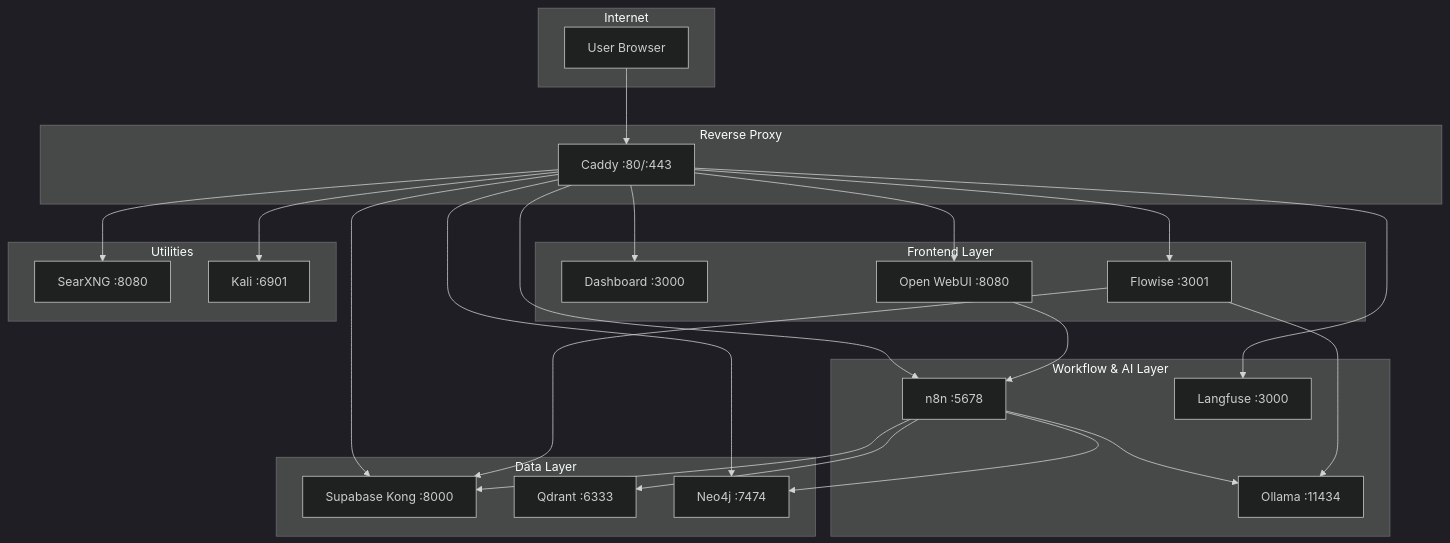
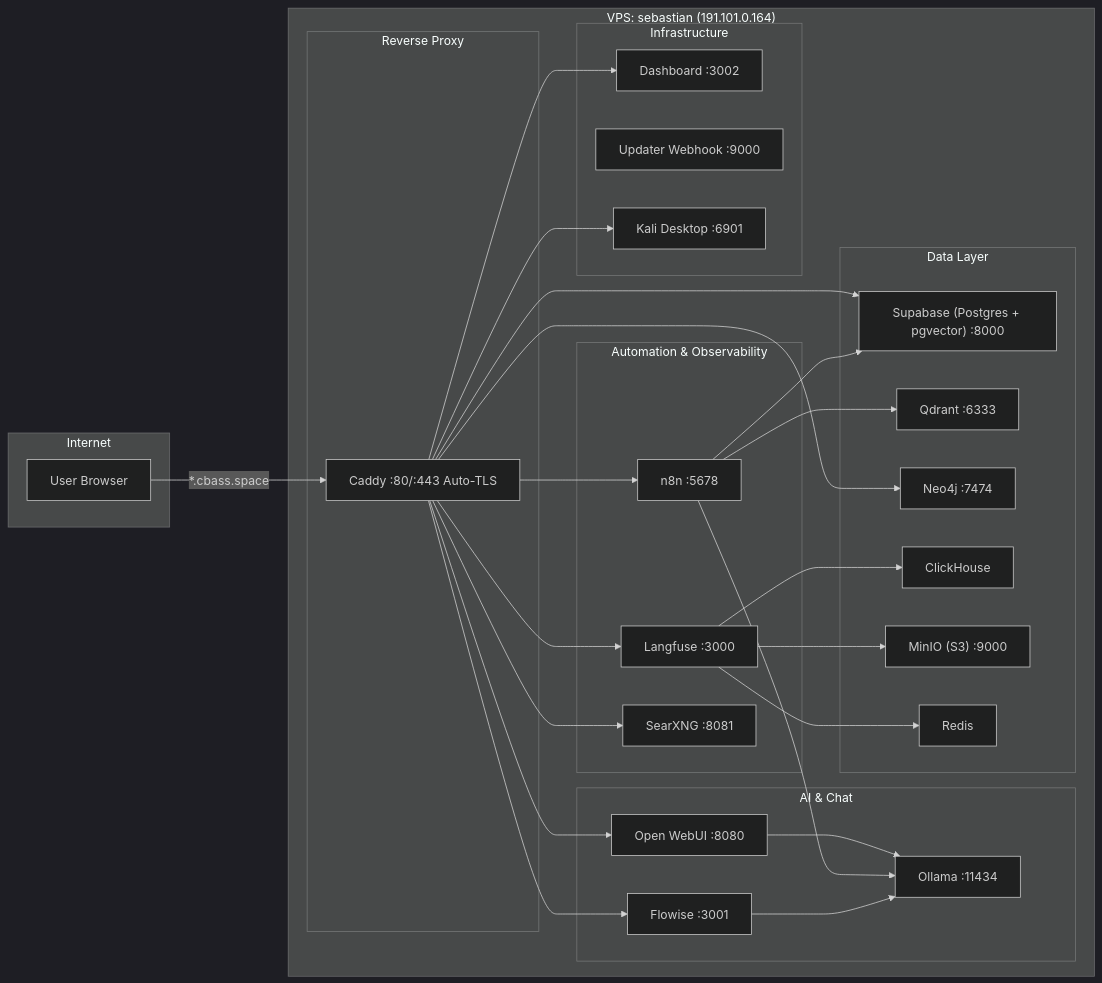
Before and after one commit to mdc159/cbass: the first of 6 diagrams in docs/architecture/diagrams.md, drawn with Mermaid (dark theme). The commit also changed other lines of this file, not shown here.

First line of the commit message:
docs: comprehensive architecture diagrams with FigJam links

````diff
--- a/docs/architecture/diagrams.md
+++ b/docs/architecture/diagrams.md
@@ -7,52 +11,59 @@
 ```mermaid
-graph TB
-    subgraph Internet
-        User[User Browser]
+graph LR
+    subgraph Internet["Internet"]
+        User["User Browser"]
     end
 
-    subgraph "Reverse Proxy"
-        Caddy[Caddy :80/:443]
+    subgraph VPS["VPS: sebastian (191.101.0.164)"]
+        subgraph Proxy["Reverse Proxy"]
+            Caddy["Caddy :80/:443 Auto-TLS"]
+        end
+
+        subgraph AI["AI & Chat"]
+            OpenWebUI["Open WebUI :8080"]
+            Ollama["Ollama :11434"]
+            Flowise["Flowise :3001"]
+        end
+
+        subgraph Automation["Automation & Observability"]
+            N8N["n8n :5678"]
+            Langfuse["Langfuse :3000"]
+            SearXNG["SearXNG :8081"]
+        end
+
+        subgraph Data["Data Layer"]
+            Supabase["Supabase (Postgres + pgvector) :8000"]
+            Qdrant["Qdrant :6333"]
+            Neo4j["Neo4j :7474"]
+            ClickHouse["ClickHouse"]
+            MinIO["MinIO (S3) :9000"]
+            Redis["Redis"]
+        end
+
+        subgraph Infra["Infrastructure"]
+            Dashboard["Dashboard :3002"]
+            Updater["Updater Webhook :9000"]
+            Kali["Kali Desktop :6901"]
+        end
     end
 
-    subgraph "Frontend Layer"
-        Dashboard[Dashboard :3000]
-        OpenWebUI[Open WebUI :8080]
-        Flowise[Flowise :3001]
-    end
-
-    subgraph "Workflow & AI Layer"
-        N8N[n8n :5678]
-        Ollama[Ollama :11434]
-        Langfuse[Langfuse :3000]
-    end
-
-    subgraph "Data Layer"
-        Supabase[Supabase Kong :8000]
-        Qdrant[Qdrant :6333]
-        Neo4j[Neo4j :7474]
-    end
-
-    subgraph Utilities
-        SearXNG[SearXNG :8080]
-        Kali[Kali :6901]
-    end
-
-    User --> Caddy
-    Caddy --> Dashboard
+    User -->|"*.cbass.space"| Caddy
     Caddy --> OpenWebUI
     Caddy --> N8N
     Caddy --> Flowise
+    Caddy --> Dashboard
+    Caddy --> Langfuse
     Caddy --> Supabase
-    Caddy --> Langfuse
     Caddy --> Neo4j
     Caddy --> SearXNG
     Caddy --> Kali
 
-    OpenWebUI --> N8N
+    OpenWebUI --> Ollama
     N8N --> Ollama
+    Flowise --> Ollama
     N8N --> Supabase
     N8N --> Qdrant
-    N8N --> Neo4j
-    Flowise --> Ollama
-    Flowise --> Supabase
+    Langfuse --> ClickHouse
+    Langfuse --> MinIO
+    Langfuse --> Redis
 ```
````
